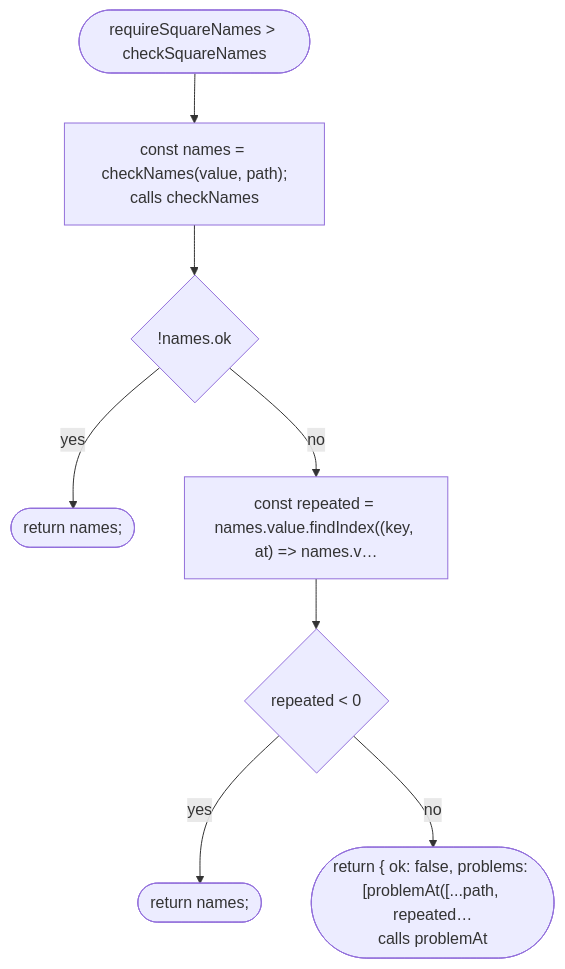
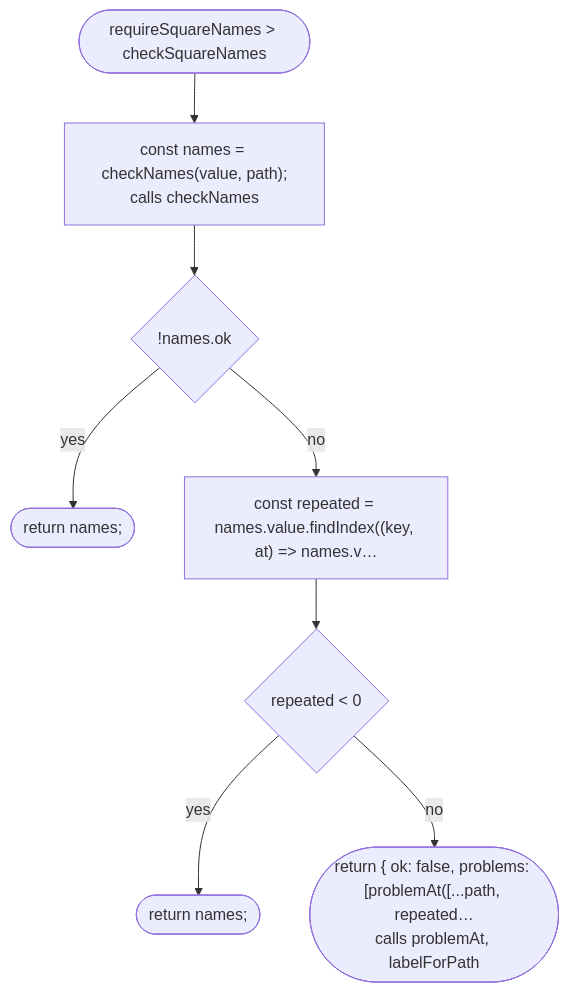
One commit to NewDara-Star/world-engine changed the second of 7 diagrams in docs/flows/src/world/chunk.md. Above: the diagram before and after it, drawn with Mermaid. The commit also changed 306 other files, not shown here.

````diff
--- a/docs/flows/src/world/chunk.md
+++ b/docs/flows/src/world/chunk.md
@@ -18,18 +18,18 @@
 ```mermaid
 flowchart TD
   n1(["requireSquareNames #gt; checkSquareNames"])
   n2["const names = checkNames(value, path);<br/>calls checkNames"]
   n3{"!names.ok"}
   n4(["return names;"])
   n5["const repeated = names.value.findIndex((key, at) =#gt; names.v…"]
   n6{"repeated #lt; 0"}
   n7(["return names;"])
-  n8(["return { ok: false, problems: [problemAt([...path, repeated…<br/>calls problemAt"])
+  n8(["return { ok: false, problems: [problemAt([...path, repeated…<br/>calls problemAt, labelForPath"])
   n1 --> n2
   n2 --> n3
   n3 -->|"yes"| n4
   n3 -->|"no"| n5
   n5 --> n6
   n6 -->|"yes"| n7
   n6 -->|"no"| n8
 ```
````
